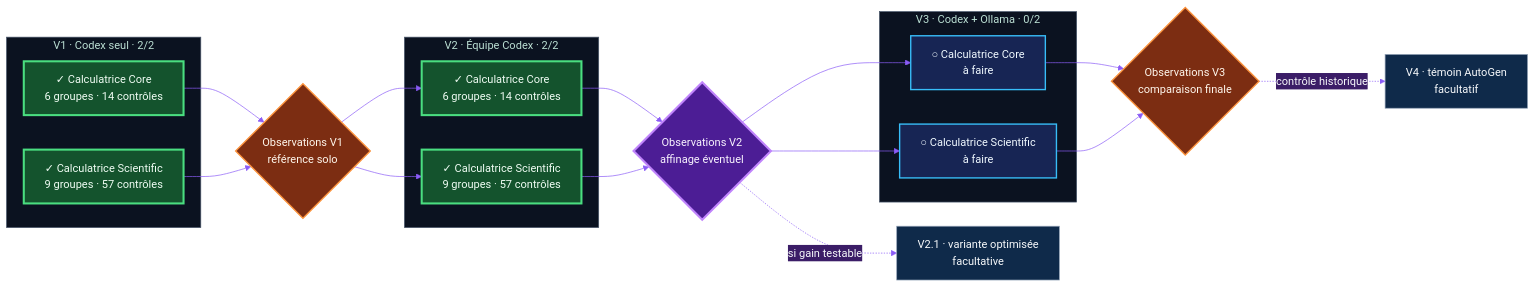
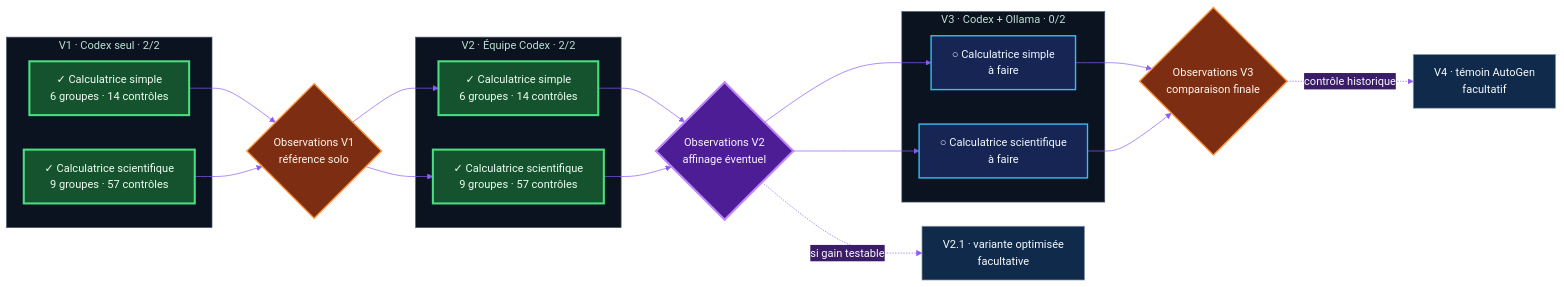
The diagram in README.md (ERICRAC/AgentBench-2026), drawn with Mermaid before and after one commit. The commit also changed other lines of this file and 23 other files, not shown here.

````diff
--- a/README.md
+++ b/README.md
@@ -45,50 +49,50 @@
 ```mermaid
 %%{init: {"theme": "base", "themeVariables": {
   "primaryColor": "#0f2a4a",
   "primaryTextColor": "#f8fafc",
   "primaryBorderColor": "#22d3ee",
   "secondaryColor": "#3b1d67",
   "tertiaryColor": "#431f2b",
   "fontFamily": "system-ui",
   "lineColor": "#8b5cf6",
   "clusterBkg": "#0b1220",
   "clusterBorder": "#475569"
 }}}%%
 flowchart LR
     subgraph V1["V1 · Codex seul · 2/2"]
-      V1C["✓ Calculatrice Core<br/>6 groupes · 14 contrôles"]
-      V1S["✓ Calculatrice Scientific<br/>9 groupes · 57 contrôles"]
+      V1C["✓ Calculatrice simple<br/>6 groupes · 14 contrôles"]
+      V1S["✓ Calculatrice scientifique<br/>9 groupes · 57 contrôles"]
     end
     G1{"Observations V1<br/>référence solo"}
     subgraph V2["V2 · Équipe Codex · 2/2"]
-      V2C["✓ Calculatrice Core<br/>6 groupes · 14 contrôles"]
-      V2S["✓ Calculatrice Scientific<br/>9 groupes · 57 contrôles"]
+      V2C["✓ Calculatrice simple<br/>6 groupes · 14 contrôles"]
+      V2S["✓ Calculatrice scientifique<br/>9 groupes · 57 contrôles"]
     end
     G2{"Observations V2<br/>affinage éventuel"}
     V21["V2.1 · variante optimisée<br/>facultative"]
     subgraph V3["V3 · Codex + Ollama · 0/2"]
-      V3C["○ Calculatrice Core<br/>à faire"]
-      V3S["○ Calculatrice Scientific<br/>à faire"]
+      V3C["○ Calculatrice simple<br/>à faire"]
+      V3S["○ Calculatrice scientifique<br/>à faire"]
     end
     G3{"Observations V3<br/>comparaison finale"}
     V4["V4 · témoin AutoGen<br/>facultatif"]
 
     V1C & V1S --> G1
     G1 --> V2C & V2S
     V2C & V2S --> G2
     G2 -. "si gain testable" .-> V21
     G2 --> V3C & V3S
     V3C & V3S --> G3
     G3 -. "contrôle historique" .-> V4
 
     classDef done fill:#14532d,stroke:#4ade80,color:#f0fdf4,stroke-width:3px;
     classDef next fill:#4c1d95,stroke:#c084fc,color:#faf5ff,stroke-width:3px;
     classDef todo fill:#172554,stroke:#38bdf8,color:#f0f9ff,stroke-width:2px;
     classDef gate fill:#7c2d12,stroke:#fb923c,color:#fff7ed,stroke-width:2px;
     classDef optional fill:#0f2a4a,stroke:#94a3b8,color:#f8fafc;
     class V1C,V1S,V2C,V2S done;
     class V3C,V3S todo;
     class G1,G3 gate;
     class G2 next;
     class V21,V4 optional;
 ```
````
